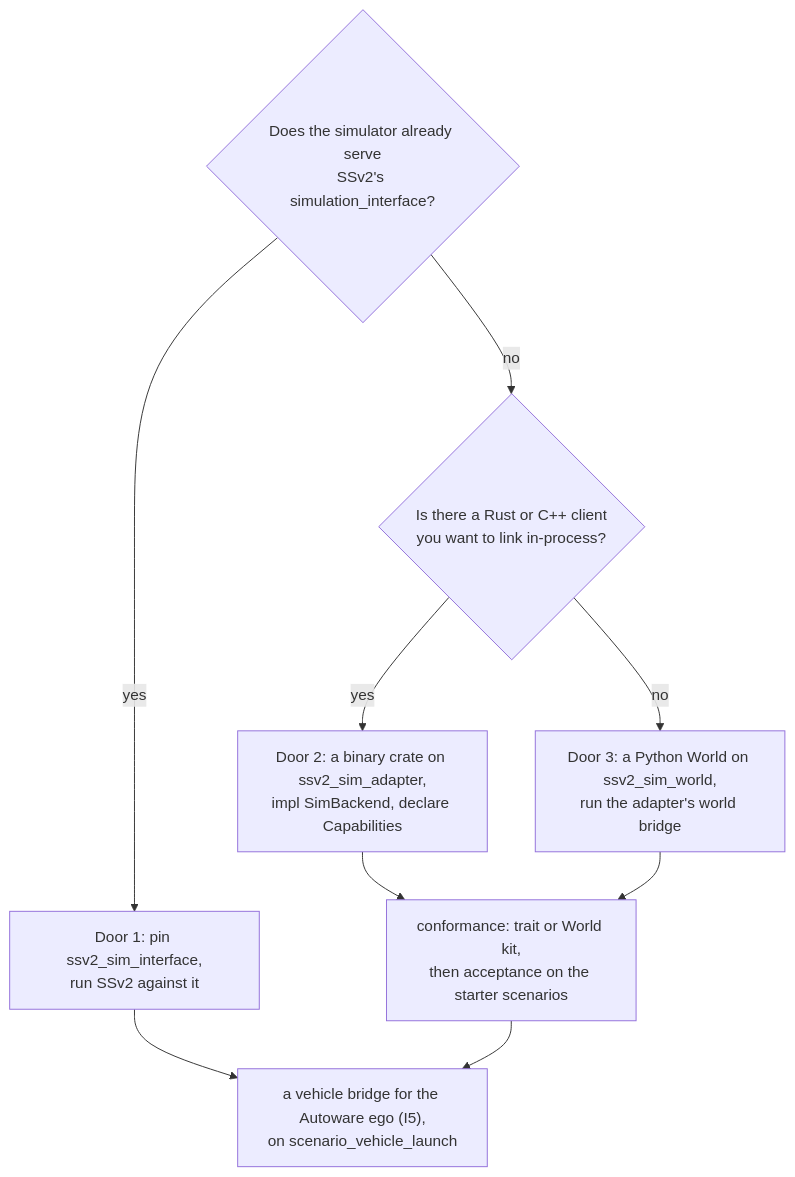
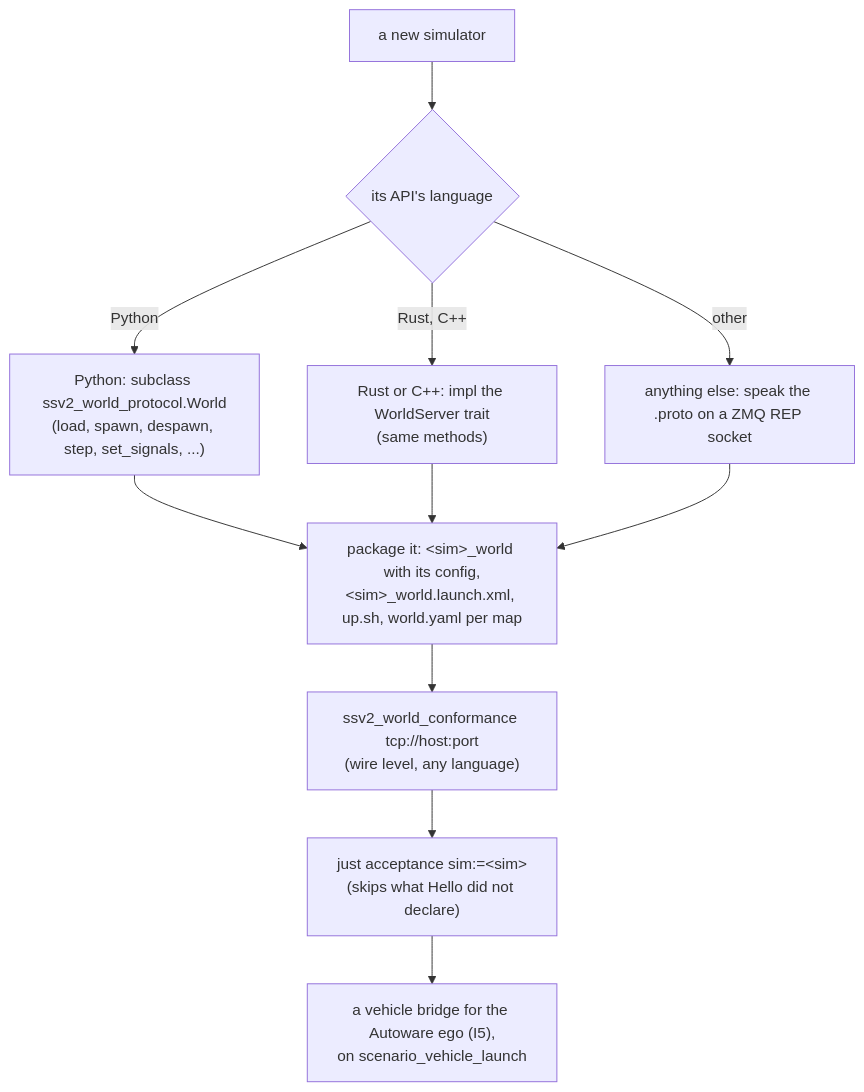
The third of 4 diagrams in docs/design/simulator-interface-split.md (NEWSLabNTU/carla-scenario-bridge), drawn with Mermaid before and after one commit. The commit also changed other lines of this file, not shown here.

First line of the commit message:
docs(design): one way in -- every simulator is a world server

````diff
--- a/docs/design/simulator-interface-split.md
+++ b/docs/design/simulator-interface-split.md
@@ -299,18 +310,20 @@
 ```mermaid
 flowchart TD
-    q1{"Does the simulator already serve<br/>SSv2's simulation_interface?"}
-    q2{"Is there a Rust or C++ client<br/>you want to link in-process?"}
-    d1["Door 1: pin ssv2_sim_interface,<br/>run SSv2 against it"]
-    d2["Door 2: a binary crate on ssv2_sim_adapter,<br/>impl SimBackend, declare Capabilities"]
-    d3["Door 3: a Python World on ssv2_sim_world,<br/>run the adapter's world bridge"]
-    conf["conformance: trait or World kit,<br/>then acceptance on the starter scenarios"]
+    start["a new simulator"]
+    lang{"its API's language"}
+    py["Python: subclass ssv2_world_protocol.World<br/>(load, spawn, despawn, step, set_signals, ...)"]
+    rs["Rust or C++: impl the WorldServer trait<br/>(same methods)"]
+    other["anything else: speak the .proto on a ZMQ REP socket"]
+    pkg["package it: &lt;sim&gt;_world with its config,<br/>&lt;sim&gt;_world.launch.xml, up.sh, world.yaml per map"]
+    conf["ssv2_world_conformance tcp://host:port<br/>(wire level, any language)"]
+    acc["just acceptance sim:=&lt;sim&gt;<br/>(skips what Hello did not declare)"]
     vb["a vehicle bridge for the Autoware ego (I5),<br/>on scenario_vehicle_launch"]
-    q1 -- yes --> d1
-    q1 -- no --> q2
-    q2 -- yes --> d2
-    q2 -- no --> d3
-    d2 --> conf
-    d3 --> conf
-    d1 --> vb
-    conf --> vb
+    start --> lang
+    lang -- Python --> py
+    lang -- "Rust, C++" --> rs
+    lang -- other --> other
+    py --> pkg
+    rs --> pkg
+    other --> pkg
+    pkg --> conf --> acc --> vb
 ```
````
